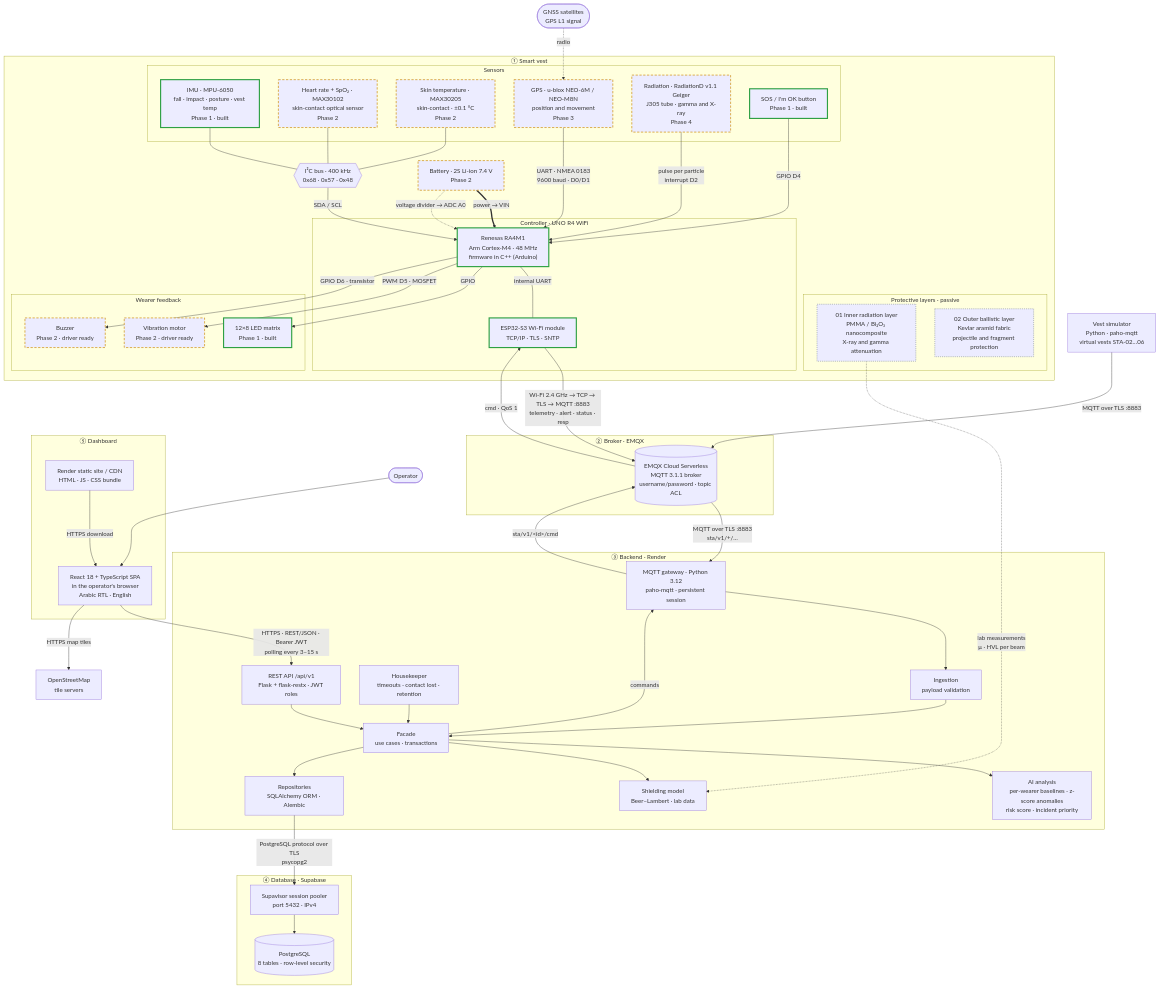
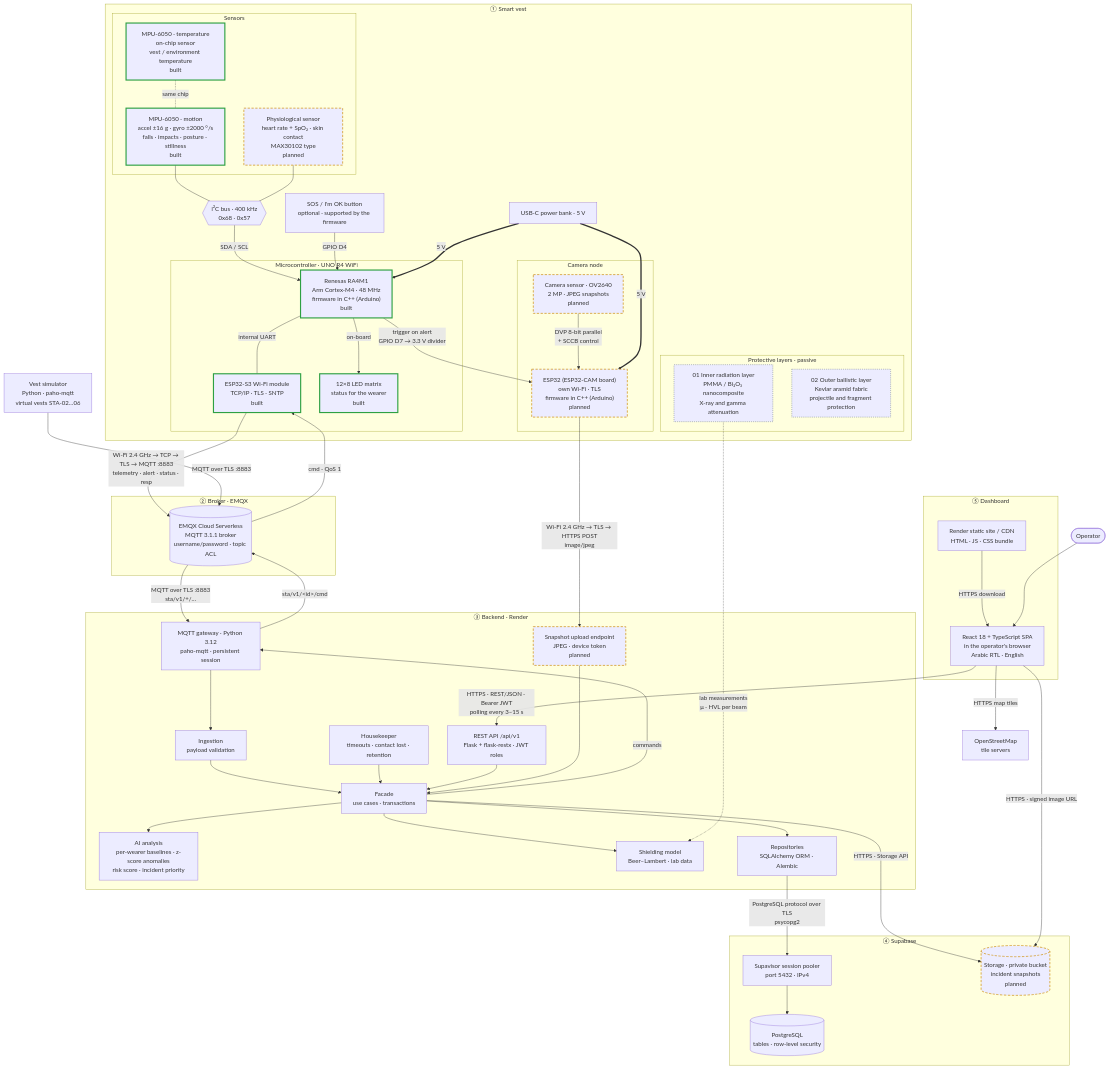
One commit to 0-Mousa-0/SmartTacticalArmor_IoT changed the first of 2 diagrams in docs/10-technical-overview.md. Above: the diagram before and after it, drawn with Mermaid. The commit also changed other lines of this file, not shown here.

First line of the commit message:
docs: technical diagram built around the team's equipment kit

````diff
--- a/docs/10-technical-overview.md
+++ b/docs/10-technical-overview.md
@@ -53,41 +58,34 @@
             L2["02 Outer ballistic layer<br/>Kevlar aramid fabric<br/>projectile and fragment protection"]
         end
         subgraph SENS["Sensors"]
-            IMU["IMU · MPU-6050<br/>fall · impact · posture · vest temp<br/>Phase 1 · built"]
-            PPG["Heart rate + SpO₂ · MAX30102<br/>skin-contact optical sensor<br/>Phase 2"]
-            SKT["Skin temperature · MAX30205<br/>skin-contact · ±0.1 °C<br/>Phase 2"]
-            GPS["GPS · u-blox NEO-6M / NEO-M8N<br/>position and movement<br/>Phase 3"]
-            GEI["Radiation · RadiationD v1.1 Geiger<br/>J305 tube · gamma and X-ray<br/>Phase 4"]
-            BTN["SOS / I'm OK button<br/>Phase 1 · built"]
+            IMU["MPU-6050 · motion<br/>accel ±16 g · gyro ±2000 °/s<br/>falls · impacts · posture · stillness<br/>built"]
+            TMP["MPU-6050 · temperature<br/>on-chip sensor<br/>vest / environment temperature<br/>built"]
+            PPG["Physiological sensor<br/>heart rate + SpO₂ · skin contact<br/>MAX30102 type<br/>planned"]
         end
-        BUS{{"I²C bus · 400 kHz<br/>0x68 · 0x57 · 0x48"}}
-        subgraph CTRL["Controller · UNO R4 WiFi"]
-            MCU["Renesas RA4M1<br/>Arm Cortex-M4 · 48 MHz<br/>firmware in C++ (Arduino)"]
-            WIFI["ESP32-S3 Wi-Fi module<br/>TCP/IP · TLS · SNTP"]
+        BUS{{"I²C bus · 400 kHz<br/>0x68 · 0x57"}}
+        subgraph CTRL["Microcontroller · UNO R4 WiFi"]
+            MCU["Renesas RA4M1<br/>Arm Cortex-M4 · 48 MHz<br/>firmware in C++ (Arduino)<br/>built"]
+            WIFI["ESP32-S3 Wi-Fi module<br/>TCP/IP · TLS · SNTP<br/>built"]
+            LED["12×8 LED matrix<br/>status for the wearer<br/>built"]
             MCU -- "internal UART" --- WIFI
+            MCU -- "on-board" --> LED
         end
-        subgraph FEED["Wearer feedback"]
-            LED["12×8 LED matrix<br/>Phase 1 · built"]
-            VIB["Vibration motor<br/>Phase 2 · driver ready"]
-            BUZ["Buzzer<br/>Phase 2 · driver ready"]
+        subgraph CAMN["Camera node"]
+            CAM["Camera sensor · OV2640<br/>2 MP · JPEG snapshots<br/>planned"]
+            CMCU["ESP32 (ESP32-CAM board)<br/>own Wi-Fi · TLS<br/>firmware in C++ (Arduino)<br/>planned"]
+            CAM -- "DVP 8-bit parallel<br/>+ SCCB control" --> CMCU
         end
-        BAT["Battery · 2S Li-ion 7.4 V<br/>Phase 2"]
+        BTN["SOS / I'm OK button<br/>optional · supported by the firmware"]
+        PWR["USB-C power bank · 5 V"]
+        TMP -. "same chip" .- IMU
         IMU --- BUS
         PPG --- BUS
-        SKT --- BUS
         BUS -- "SDA / SCL" --> MCU
-        GPS -- "UART · NMEA 0183<br/>9600 baud · D0/D1" --> MCU
-        GEI -- "pulse per particle<br/>interrupt D2" --> MCU
         BTN -- "GPIO D4" --> MCU
-        BAT == "power → VIN" ==> MCU
-        BAT -. "voltage divider → ADC A0" .-> MCU
-        MCU -- "GPIO" --> LED
-        MCU -- "PWM D5 · MOSFET" --> VIB
-        MCU -- "GPIO D6 · transistor" --> BUZ
+        MCU -- "trigger on alert<br/>GPIO D7 → 3.3 V divider" --> CMCU
+        PWR == "5 V" ==> MCU
+        PWR == "5 V" ==> CMCU
     end
-
-    SAT(["GNSS satellites<br/>GPS L1 signal"])
-    SAT -. "radio" .-> GPS
 
     SIM["Vest simulator<br/>Python · paho-mqtt<br/>virtual vests STA-02…06"]
 
@@ -103,19 +101,22 @@
         SHD["Shielding model<br/>Beer–Lambert · lab data"]
         HK["Housekeeper<br/>timeouts · contact lost · retention"]
         REST["REST API /api/v1<br/>Flask + flask-restx · JWT roles"]
+        MED["Snapshot upload endpoint<br/>JPEG · device token<br/>planned"]
         ORM["Repositories<br/>SQLAlchemy ORM · Alembic"]
         GW --> ING --> FAC
         FAC --> AI
         FAC --> SHD
         HK --> FAC
         REST --> FAC
+        MED --> FAC
         FAC --> ORM
         FAC -- "commands" --> GW
     end
 
-    subgraph DB["④ Database · Supabase"]
+    subgraph DB["④ Supabase"]
         POOL["Supavisor session pooler<br/>port 5432 · IPv4"]
-        PG[("PostgreSQL<br/>8 tables · row-level security")]
+        PG[("PostgreSQL<br/>tables · row-level security")]
+        STO[("Storage · private bucket<br/>incident snapshots<br/>planned")]
         POOL --> PG
     end
 
@@ -130,11 +131,14 @@
 
     WIFI -- "Wi-Fi 2.4 GHz → TCP → TLS → MQTT :8883<br/>telemetry · alert · status · resp" --> BROKER
     BROKER -- "cmd · QoS 1" --> WIFI
+    CMCU -- "Wi-Fi 2.4 GHz → TLS → HTTPS POST<br/>image/jpeg" --> MED
     SIM -- "MQTT over TLS :8883" --> BROKER
     BROKER -- "MQTT over TLS :8883<br/>sta/v1/+/…" --> GW
     GW -- "sta/v1/&lt;id&gt;/cmd" --> BROKER
     ORM -- "PostgreSQL protocol over TLS<br/>psycopg2" --> POOL
+    FAC -- "HTTPS · Storage API" --> STO
     SPA -- "HTTPS · REST/JSON · Bearer JWT<br/>polling every 3–15 s" --> REST
+    SPA -- "HTTPS · signed image URL" --> STO
     SPA -- "HTTPS map tiles" --> OSM
     OP --> SPA
     L1 -. "lab measurements<br/>μ · HVL per beam" .-> SHD
@@ -142,7 +146,7 @@
     classDef built stroke:#2ea043,stroke-width:3px
     classDef planned stroke:#d29922,stroke-width:2px,stroke-dasharray:6 4
     classDef passive stroke:#8b949e,stroke-width:2px,stroke-dasharray:2 3
-    class IMU,BTN,LED,MCU,WIFI built
-    class PPG,SKT,GPS,GEI,VIB,BUZ,BAT planned
+    class IMU,TMP,MCU,WIFI,LED built
+    class PPG,CAM,CMCU,MED,STO planned
     class L1,L2 passive
 ```
````
